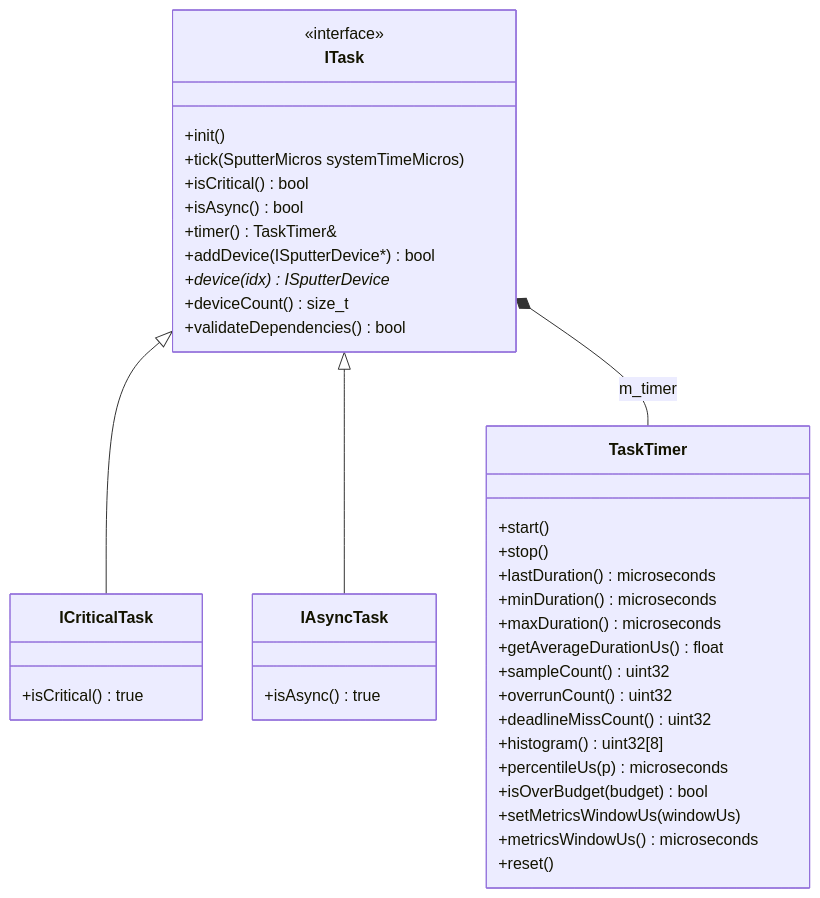
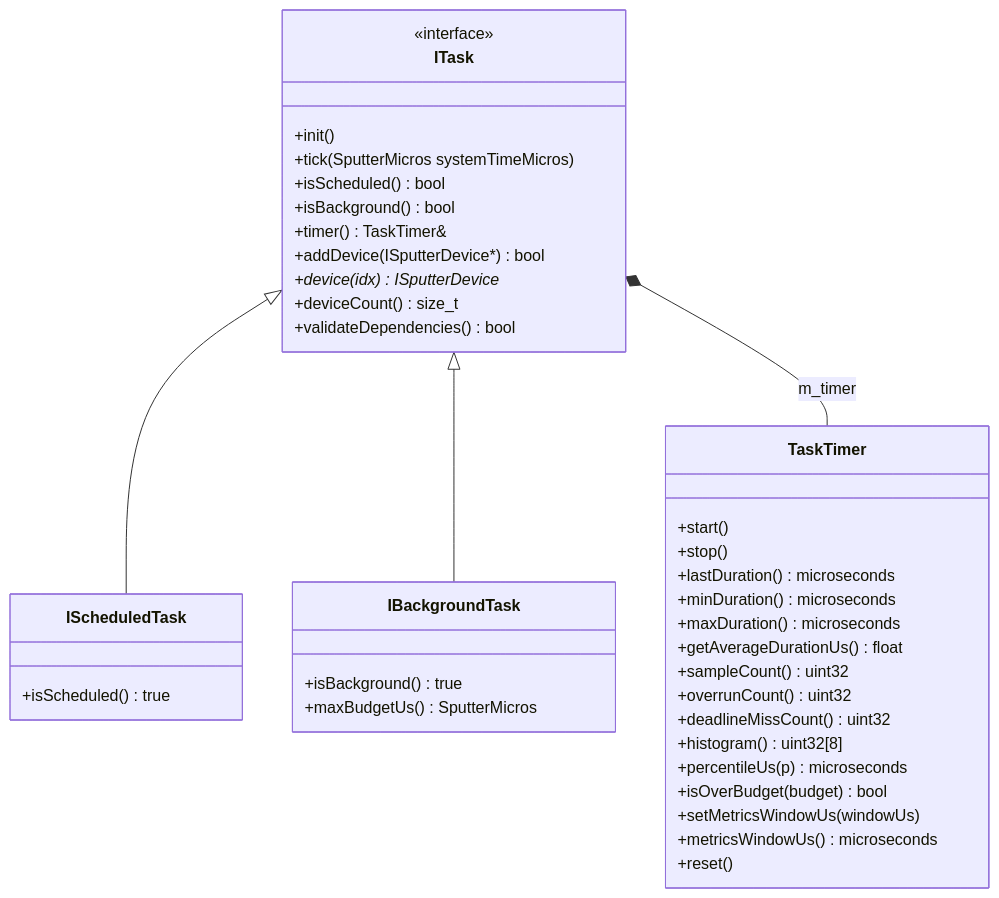
The third of 6 diagrams in docs/SystemArchitecture.md (BlastermanR/SputterOS), drawn with Mermaid before and after one commit. The commit also changed other lines of this file and 12 other files, not shown here.

````diff
--- a/docs/SystemArchitecture.md
+++ b/docs/SystemArchitecture.md
@@ -280,42 +288,43 @@
 ```mermaid
 classDiagram
     class ITask {
         <<interface>>
         +init()
         +tick(SputterMicros systemTimeMicros)
-        +isCritical() bool
-        +isAsync() bool
+        +isScheduled() bool
+        +isBackground() bool
         +timer() TaskTimer&
         +addDevice(ISputterDevice*) bool
         +device(idx) ISputterDevice*
         +deviceCount() size_t
         +validateDependencies() bool
     }
-    class ICriticalTask {
-        +isCritical() true
+    class IScheduledTask {
+        +isScheduled() true
     }
-    class IAsyncTask {
-        +isAsync() true
+    class IBackgroundTask {
+        +isBackground() true
+        +maxBudgetUs() SputterMicros
     }
     class TaskTimer {
         +start()
         +stop()
         +lastDuration() microseconds
         +minDuration() microseconds
         +maxDuration() microseconds
         +getAverageDurationUs() float
         +sampleCount() uint32
         +overrunCount() uint32
         +deadlineMissCount() uint32
         +histogram() uint32[8]
         +percentileUs(p) microseconds
         +isOverBudget(budget) bool
         +setMetricsWindowUs(windowUs)
         +metricsWindowUs() microseconds
         +reset()
     }
 
-    ITask <|-- ICriticalTask
-    ITask <|-- IAsyncTask
+    ITask <|-- IScheduledTask
+    ITask <|-- IBackgroundTask
     ITask *-- TaskTimer : m_timer
 ```
````
